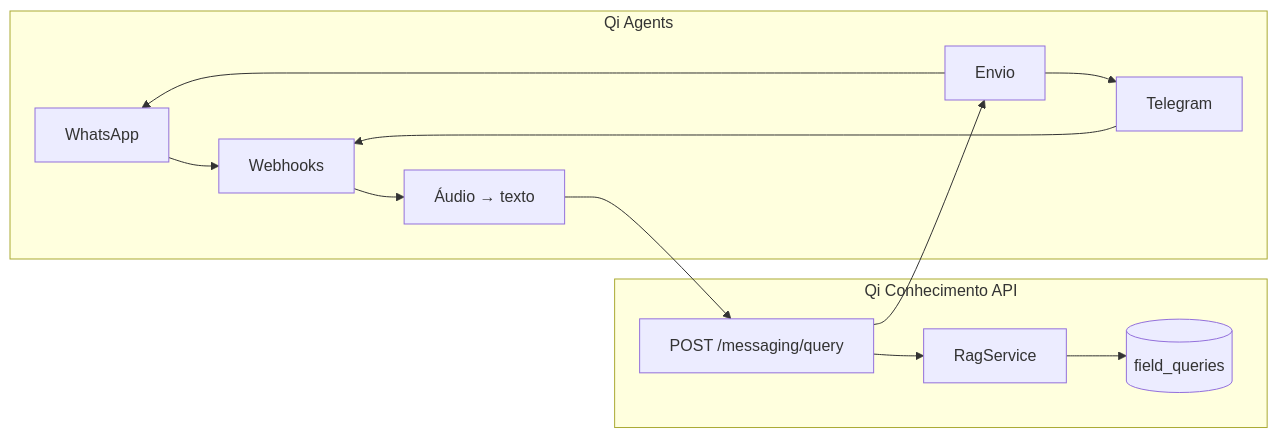
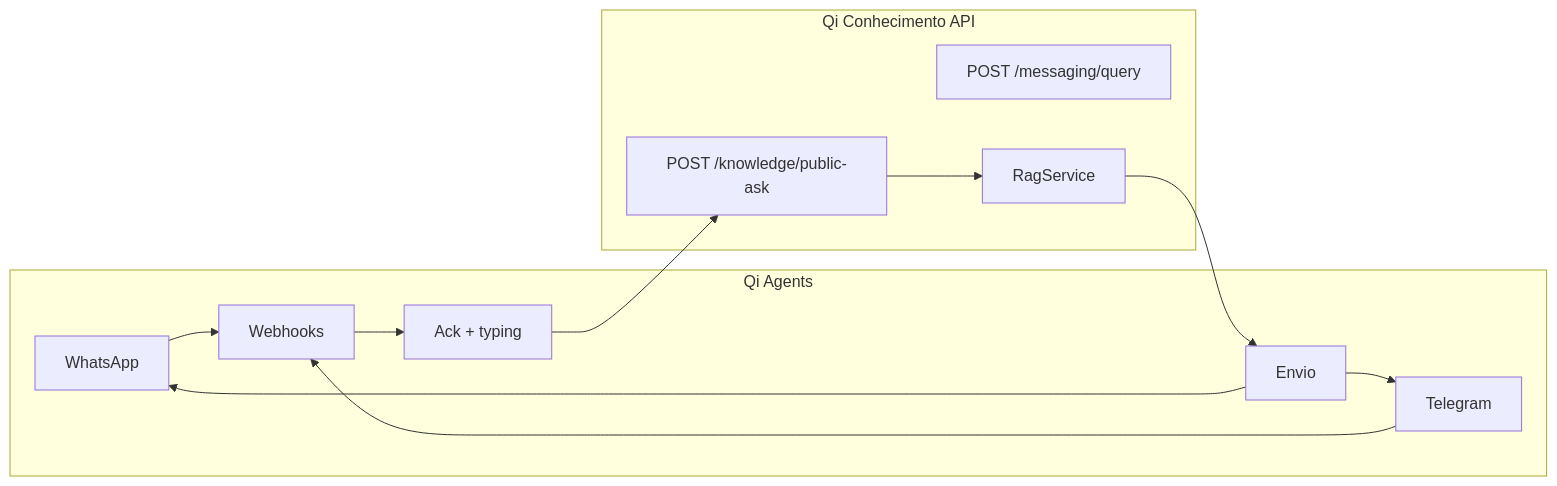
The diagram in docs/integrations/qi-agents.md (rflsc/qi-conhecimento), drawn with Mermaid before and after one commit. The commit also changed other lines of this file and 4 other files, not shown here.

````diff
--- a/docs/integrations/qi-agents.md
+++ b/docs/integrations/qi-agents.md
@@ -23,25 +24,25 @@
 ```mermaid
 flowchart LR
   subgraph canais [Qi Agents]
     WA[WhatsApp]
     TG[Telegram]
     WH[Webhooks]
-    Audio[Áudio → texto]
+    Ack[Ack + typing]
     Send[Envio]
   end
 
   subgraph cerebro [Qi Conhecimento API]
+    Ask["POST /knowledge/public-ask"]
     Query["POST /messaging/query"]
     RAG[RagService]
-    DB[(field_queries)]
   end
 
   WA --> WH
   TG --> WH
-  WH --> Audio
-  Audio --> Query
-  Query --> RAG --> DB
-  Query --> Send
+  WH --> Ack
+  Ack --> Ask
+  Ask --> RAG
+  RAG --> Send
   Send --> WA
   Send --> TG
 ```
````
